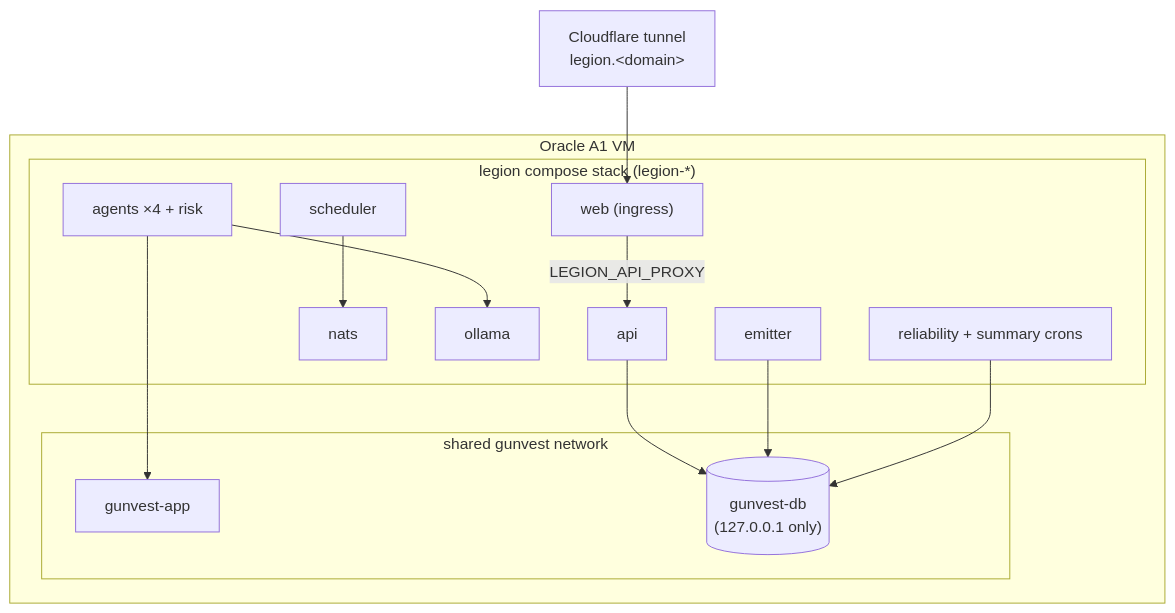
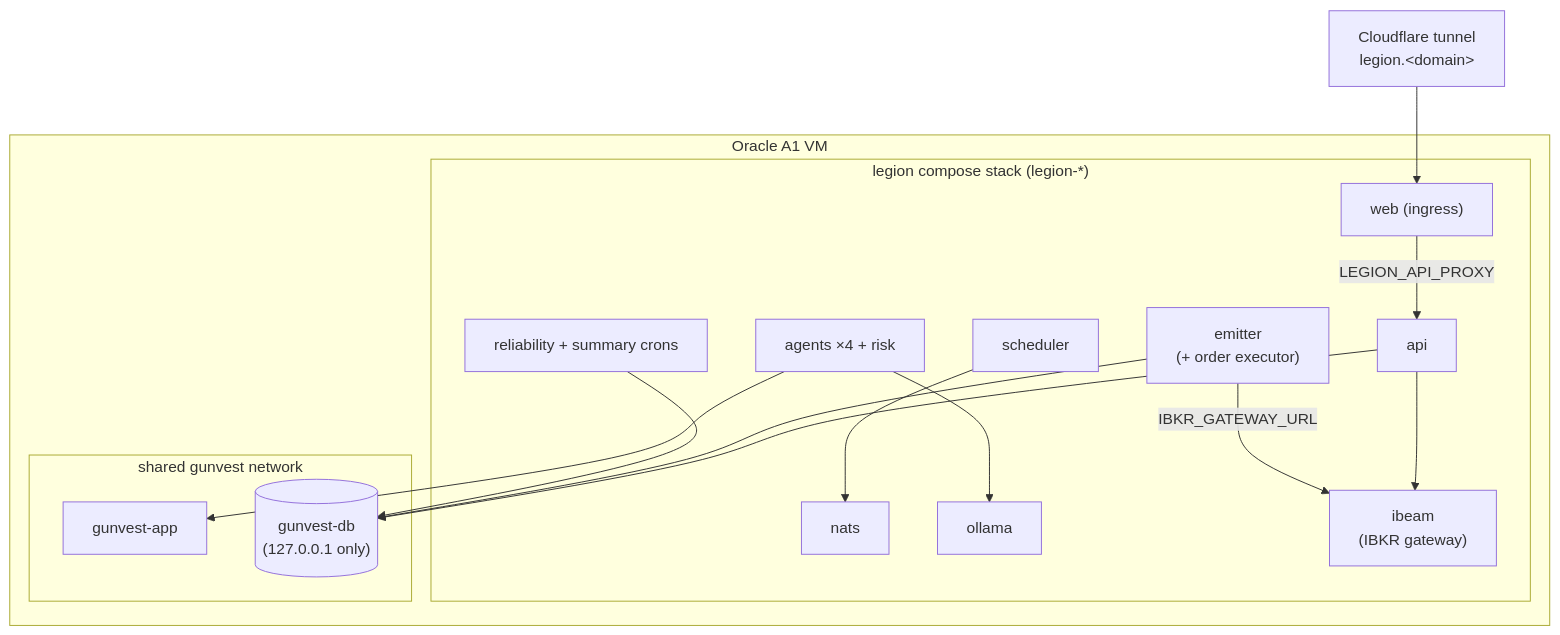
The seventh of 8 diagrams in docs/ARCHITECTURE.md (givewgun/legion), drawn with Mermaid before and after one commit. The commit also changed other lines of this file and 2 other files, not shown here.

Commit message:
docs: ADR 0035 + runbook for IBKR paper-trading execution

````diff
--- a/docs/ARCHITECTURE.md
+++ b/docs/ARCHITECTURE.md
@@ -238,31 +269,34 @@
 ```mermaid
 flowchart TB
     cf["Cloudflare tunnel<br/>legion.&lt;domain&gt;"]
 
     subgraph vm["Oracle A1 VM"]
         subgraph legionnet["legion compose stack (legion-*)"]
             web["web (ingress)"]
             api["api"]
             nats["nats"]
             ollama["ollama"]
             ag["agents ×4 + risk"]
-            emitter["emitter"]
+            emitter["emitter<br/>(+ order executor)"]
             sched["scheduler"]
             crons["reliability + summary crons"]
+            ibeam["ibeam<br/>(IBKR gateway)"]
         end
 
         subgraph shared["shared gunvest network"]
             gvapi["gunvest-app"]
             gvdb[("gunvest-db<br/>(127.0.0.1 only)")]
         end
     end
 
     cf --> web
     web -->|LEGION_API_PROXY| api
     api --> gvdb
+    api --> ibeam
     ag --> gvapi
     ag --> ollama
     emitter --> gvdb
+    emitter -->|IBKR_GATEWAY_URL| ibeam
     sched --> nats
     crons --> gvdb
 ```
````
